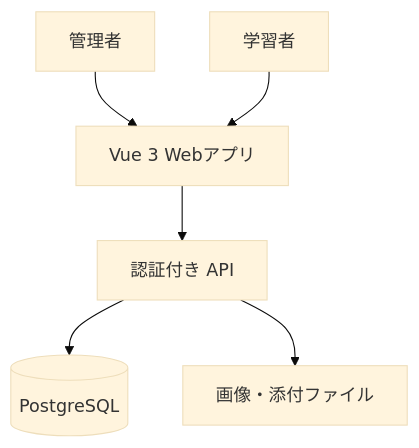
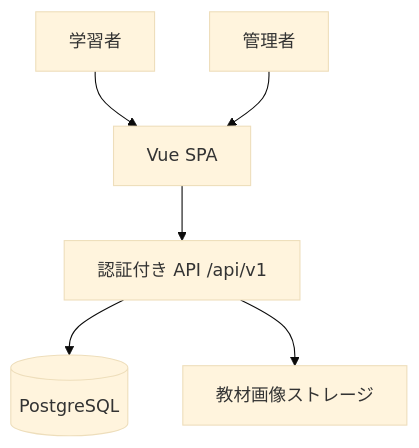
Before and after one commit to FujiJPProject/IPAStudyApp: the first of 5 diagrams in 設計/ap-study-app-design.md, drawn with Mermaid (base theme). The commit also changed other lines of this file and 1 other file, not shown here.

````diff
--- a/設計/ap-study-app-design.md
+++ b/設計/ap-study-app-design.md
@@ -38,8 +127,8 @@
 ```mermaid
 flowchart TB
-  Browser["Vue 3 Webアプリ"] --> API["認証付き API"]
+  Browser["Vue SPA"] --> API["認証付き API /api/v1"]
   API --> DB[("PostgreSQL")]
-  API --> Storage["画像・添付ファイル"]
+  API --> Storage["教材画像ストレージ"]
+  Learner["学習者"] --> Browser
   Admin["管理者"] --> Browser
-  Learner["学習者"] --> Browser
 ```
````
